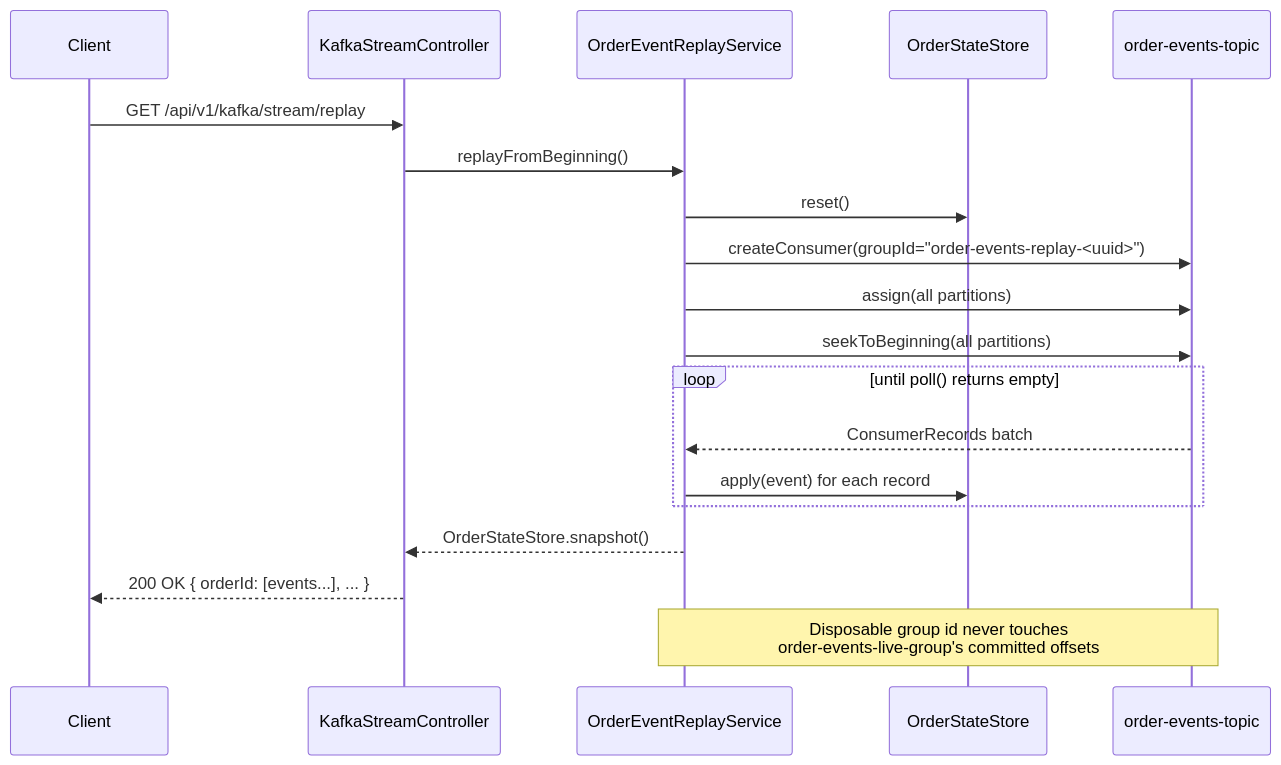
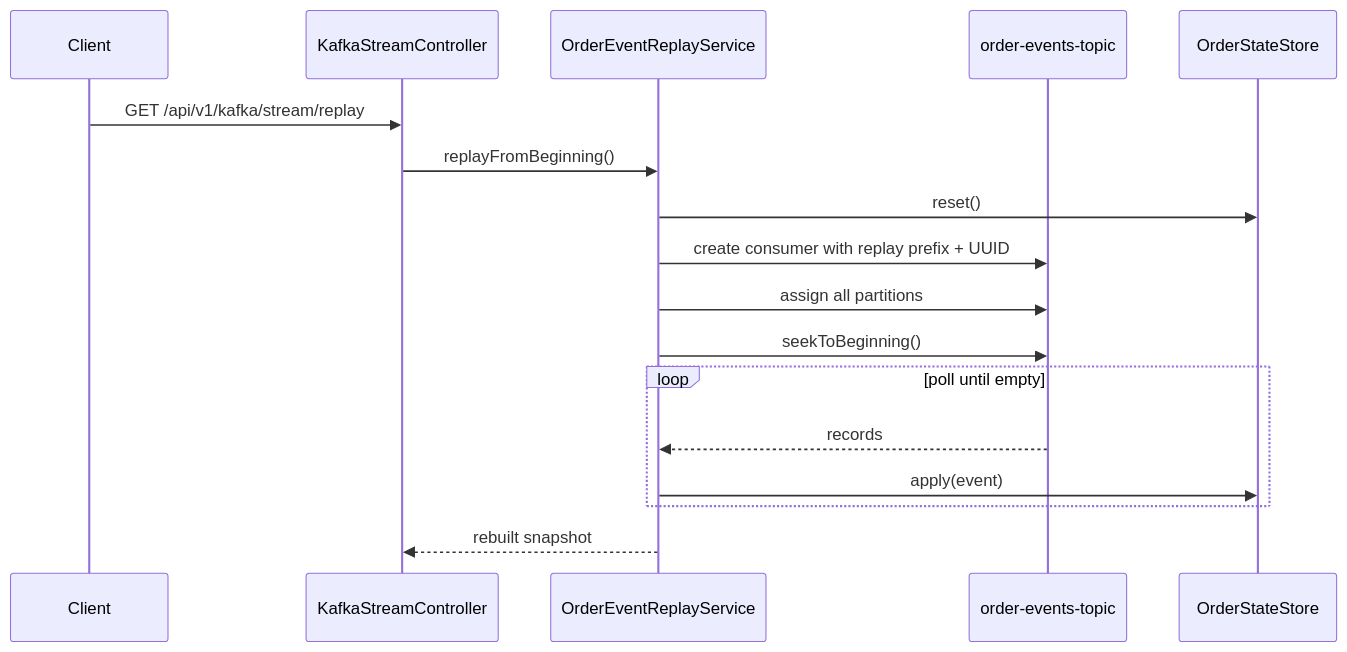
One commit to manydogs23/Kafka changed the sixth of 7 diagrams in docs/ARCHITECTURE.md. Above: the diagram before and after it, drawn with Mermaid. The commit also changed other lines of this file and 21 other files, not shown here.

````diff
--- a/docs/ARCHITECTURE.md
+++ b/docs/ARCHITECTURE.md
@@ -201,26 +242,20 @@
 ```mermaid
 sequenceDiagram
-    participant C as Client
+    participant Client
     participant Ctrl as KafkaStreamController
-    participant R as OrderEventReplayService
-    participant S as OrderStateStore
+    participant Replay as OrderEventReplayService
     participant K as order-events-topic
+    participant Store as OrderStateStore
 
-    C->>Ctrl: GET /api/v1/kafka/stream/replay
-    Ctrl->>R: replayFromBeginning()
-    R->>S: reset()
-
-    R->>K: createConsumer(groupId="order-events-replay-<uuid>")
-    R->>K: assign(all partitions)
-    R->>K: seekToBeginning(all partitions)
-
-    loop until poll() returns empty
-        K-->>R: ConsumerRecords batch
-        R->>S: apply(event) for each record
+    Client->>Ctrl: GET /api/v1/kafka/stream/replay
+    Ctrl->>Replay: replayFromBeginning()
+    Replay->>Store: reset()
+    Replay->>K: create consumer with replay prefix + UUID
+    Replay->>K: assign all partitions
+    Replay->>K: seekToBeginning()
+    loop poll until empty
+        K-->>Replay: records
+        Replay->>Store: apply(event)
     end
-
-    R-->>Ctrl: OrderStateStore.snapshot()
-    Ctrl-->>C: 200 OK { orderId: [events...], ... }
-
-    Note over R,K: Disposable group id never touches<br/>order-events-live-group's committed offsets
+    Replay-->>Ctrl: rebuilt snapshot
 ```
````
